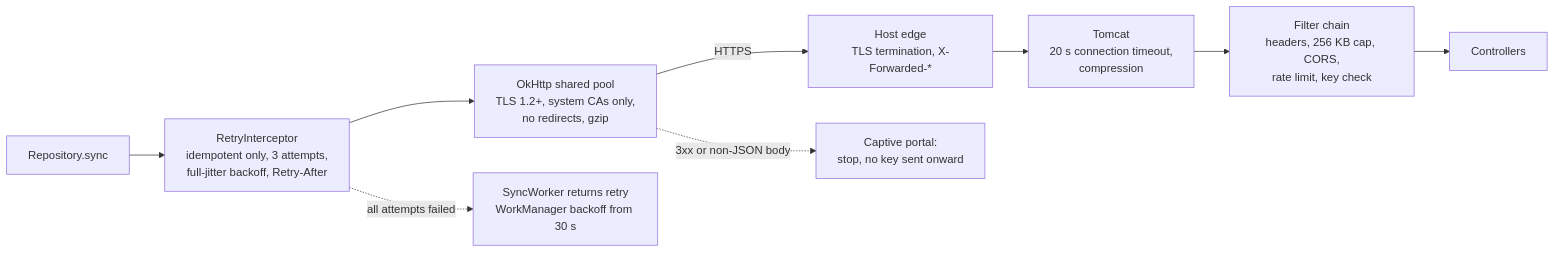
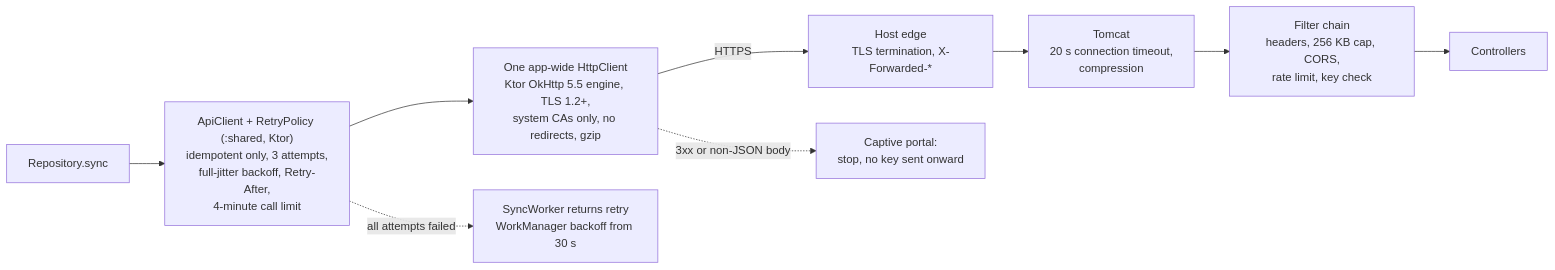
One commit to Sriram-Codes-SW/doorprints changed the fifth of 7 diagrams in docs/04-data-flow-diagrams.md. Above: the diagram before and after it, drawn with Mermaid. The commit also changed other lines of this file and 14 other files, not shown here.

````diff
--- a/docs/04-data-flow-diagrams.md
+++ b/docs/04-data-flow-diagrams.md
@@ -253,11 +254,11 @@
 ```mermaid
 flowchart LR
-    R["Repository.sync"] --> RI["RetryInterceptor<br/>idempotent only, 3 attempts,<br/>full-jitter backoff, Retry-After"]
-    RI --> OK["OkHttp shared pool<br/>TLS 1.2+, system CAs only,<br/>no redirects, gzip"]
+    R["Repository.sync"] --> RI["ApiClient + RetryPolicy (:shared, Ktor)<br/>idempotent only, 3 attempts,<br/>full-jitter backoff, Retry-After,<br/>4-minute call limit"]
+    RI --> OK["One app-wide HttpClient<br/>Ktor OkHttp 5.5 engine, TLS 1.2+,<br/>system CAs only, no redirects, gzip"]
     OK -->|"HTTPS"| EDGE["Host edge<br/>TLS termination, X-Forwarded-*"]
     EDGE --> T["Tomcat<br/>20 s connection timeout,<br/>compression"]
     T --> F["Filter chain<br/>headers, 256 KB cap, CORS,<br/>rate limit, key check"]
     F --> C["Controllers"]
     OK -.->|"3xx or non-JSON body"| CP["Captive portal:<br/>stop, no key sent onward"]
     RI -.->|"all attempts failed"| WM["SyncWorker returns retry<br/>WorkManager backoff from 30 s"]
 ```
````
